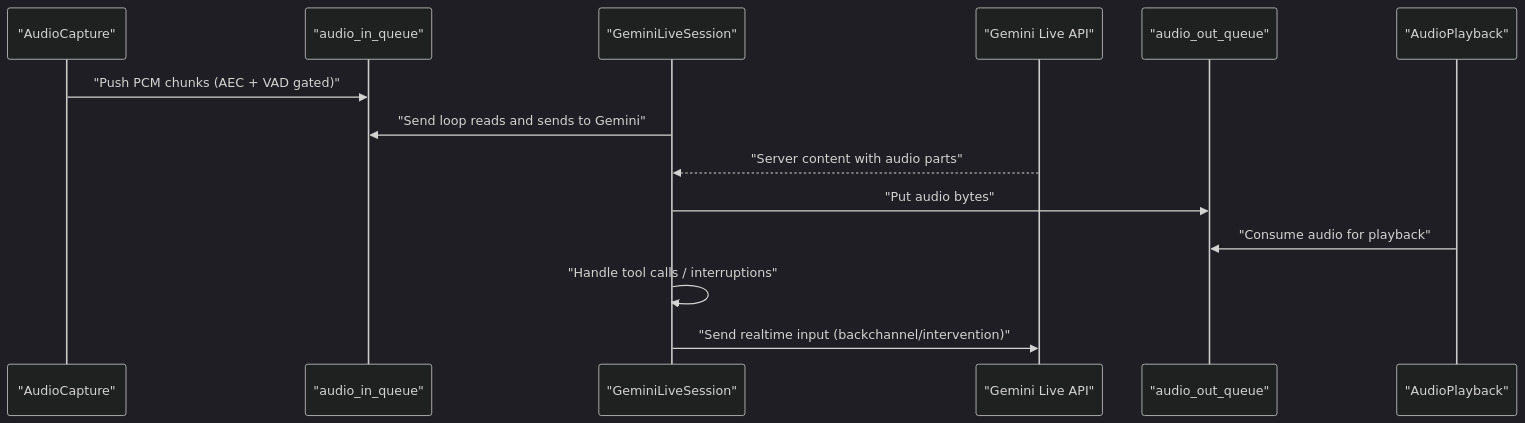
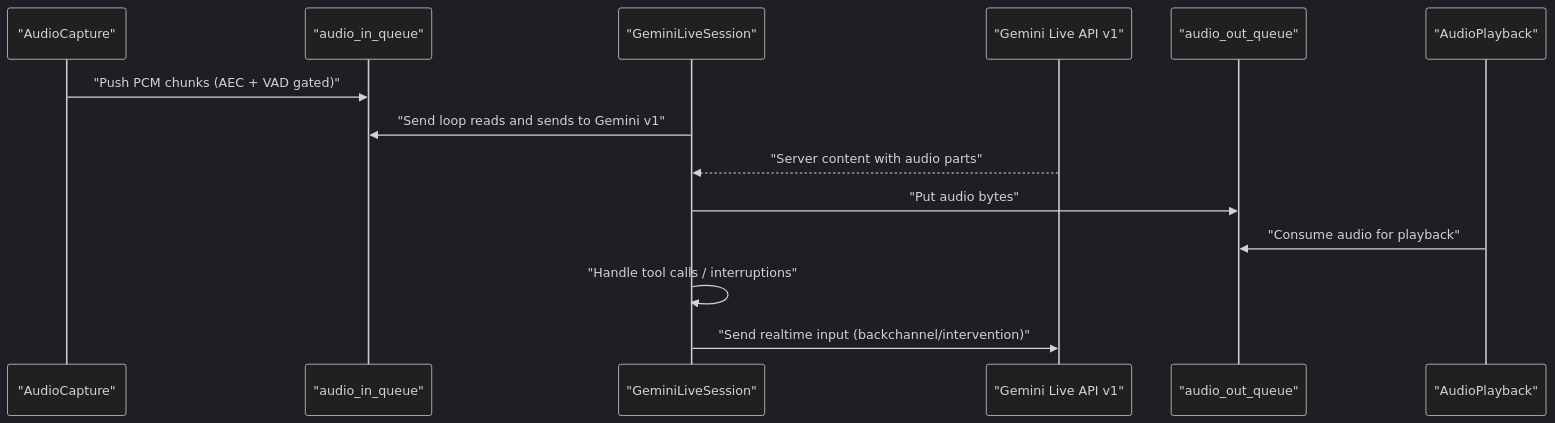
The second of 12 diagrams in .qoder/repowiki/en/content/AI Integration Layer/Gemini Live API Integration/Audio Processing Integration.md (Moeabdelaziz007/Aether-Voice-OS), drawn with Mermaid (dark theme) before and after one commit. The commit also changed other lines of this file and 10 other files, not shown here.

Commit message:
feat(audio): upgrade Gemini Live

````diff
--- a/.qoder/repowiki/en/content/AI Integration Layer/Gemini Live API Integration/Audio Processing Integration.md
+++ b/.qoder/repowiki/en/content/AI Integration Layer/Gemini Live API Integration/Audio Processing Integration.md
@@ -145,16 +176,16 @@
 ```mermaid
 sequenceDiagram
 participant CAP as "AudioCapture"
 participant INQ as "audio_in_queue"
 participant S as "GeminiLiveSession"
-participant GEM as "Gemini Live API"
+participant GEM as "Gemini Live API v1"
 participant OUTQ as "audio_out_queue"
 participant PB as "AudioPlayback"
 CAP->>INQ : "Push PCM chunks (AEC + VAD gated)"
-S->>INQ : "Send loop reads and sends to Gemini"
+S->>INQ : "Send loop reads and sends to Gemini v1"
 GEM-->>S : "Server content with audio parts"
 S->>OUTQ : "Put audio bytes"
 PB->>OUTQ : "Consume audio for playback"
 S->>S : "Handle tool calls / interruptions"
 S->>GEM : "Send realtime input (backchannel/intervention)"
 ```
````
